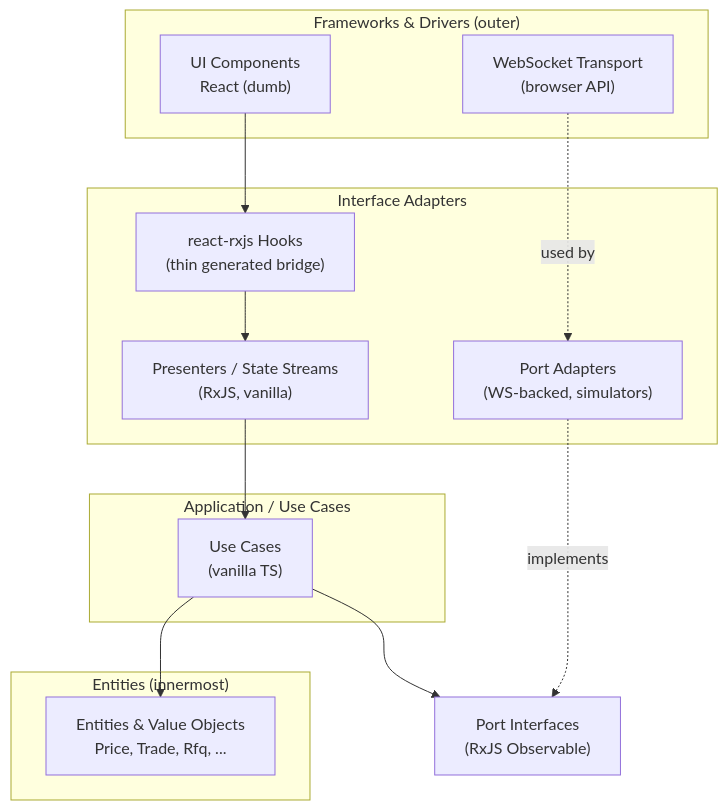
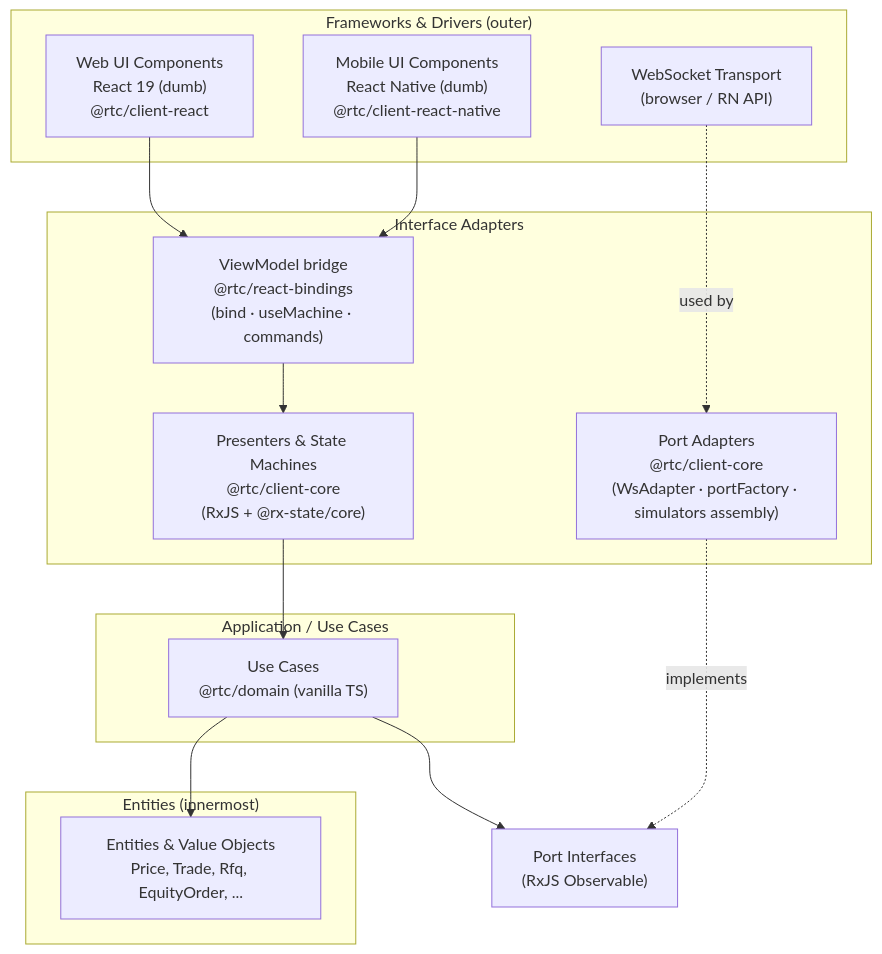
Before and after one commit to bettersoftware-io/ReactiveTraderCloudClone: the first of 29 diagrams in docs/architecture.md, drawn with Mermaid. The commit also changed other lines of this file and 4 other files, not shown here.

First line of the commit message:
docs(architecture): sync architecture.md with the multi-client reality

````diff
--- a/docs/architecture.md
+++ b/docs/architecture.md
@@ -83,27 +96,29 @@
 ```mermaid
 graph TB
     subgraph FrameworksDrivers["Frameworks & Drivers (outer)"]
-        UI["UI Components<br/>React (dumb)"]
-        WS["WebSocket Transport<br/>(browser API)"]
+        UIWeb["Web UI Components<br/>React 19 (dumb)<br/>@rtc/client-react"]
+        UIRn["Mobile UI Components<br/>React Native (dumb)<br/>@rtc/client-react-native"]
+        WS["WebSocket Transport<br/>(browser / RN API)"]
     end
     subgraph InterfaceAdapters["Interface Adapters"]
-        Hooks["react-rxjs Hooks<br/>(thin generated bridge)"]
-        Presenters["Presenters / State Streams<br/>(RxJS, vanilla)"]
-        Adapters["Port Adapters<br/>(WS-backed, simulators)"]
+        VM["ViewModel bridge<br/>@rtc/react-bindings<br/>(bind · useMachine · commands)"]
+        Presenters["Presenters & State Machines<br/>@rtc/client-core<br/>(RxJS + @rx-state/core)"]
+        Adapters["Port Adapters<br/>@rtc/client-core<br/>(WsAdapter · portFactory · simulators assembly)"]
     end
     subgraph ApplicationCircle["Application / Use Cases"]
-        UseCases["Use Cases<br/>(vanilla TS)"]
+        UseCases["Use Cases<br/>@rtc/domain (vanilla TS)"]
     end
     subgraph EntitiesCircle["Entities (innermost)"]
-        Entities["Entities & Value Objects<br/>Price, Trade, Rfq, ..."]
+        Entities["Entities & Value Objects<br/>Price, Trade, Rfq, EquityOrder, ..."]
     end
     Ports["Port Interfaces<br/>(RxJS Observable)"]
 
-    UI --> Hooks
-    Hooks --> Presenters
+    UIWeb --> VM
+    UIRn --> VM
+    VM --> Presenters
     Presenters --> UseCases
     UseCases --> Ports
     UseCases --> Entities
     Adapters -.implements.-> Ports
     WS -.used by.-> Adapters
 ```
````
